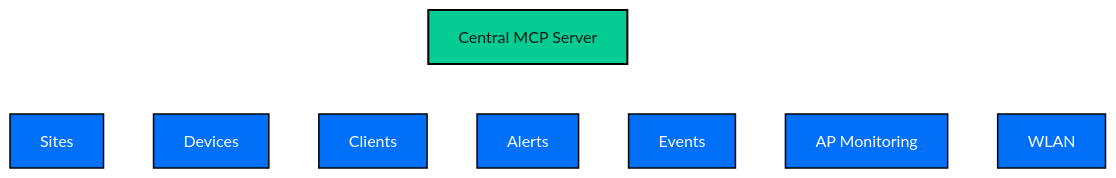
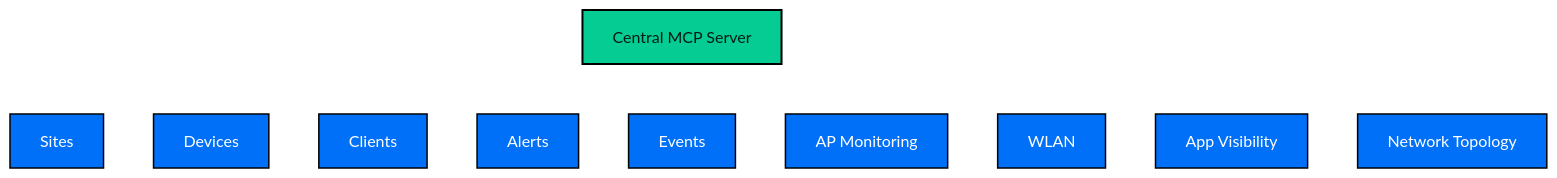
The diagram in README.md (KarthikSKumar98/central-mcp-server), drawn with Mermaid before and after one commit. The commit also changed other lines of this file and 1 other file, not shown here.

Commit message:
docs: document central_get_apps and central_get_network_hierarchy tools

````diff
--- a/README.md
+++ b/README.md
@@ -188,19 +188,21 @@
 ```mermaid
 %%{init: {'theme':'base', 'themeVariables': {'background': '#0b0f1a'}}}%%
 graph TD
     MCP["Central MCP Server"] --> Sites["Sites"]
     MCP --> Devices["Devices"]
     MCP --> Clients["Clients"]
     MCP --> Alerts["Alerts"]
     MCP --> Events["Events"]
     MCP --> APMon["AP Monitoring"]
-    MCP--> WLAN["WLAN"]
+    MCP --> WLAN["WLAN"]
+    MCP --> AppVis["App Visibility"]
+    MCP --> Topology["Network Topology"]
 
     classDef mcp fill:#05cc93,color:#001b14,stroke:#000000,stroke-width:2px;
     classDef tool fill:#0070f8,color:#ffffff,stroke:#000000,stroke-width:1.5px;
 
     class MCP mcp;
-    class Sites,Devices,APMon,Clients,Alerts,Events,WLAN tool;
+    class Sites,Devices,APMon,Clients,Alerts,Events,WLAN,AppVis,Topology tool;
 
     linkStyle default stroke:#ffffff,stroke-width:2px;
 ```
````
